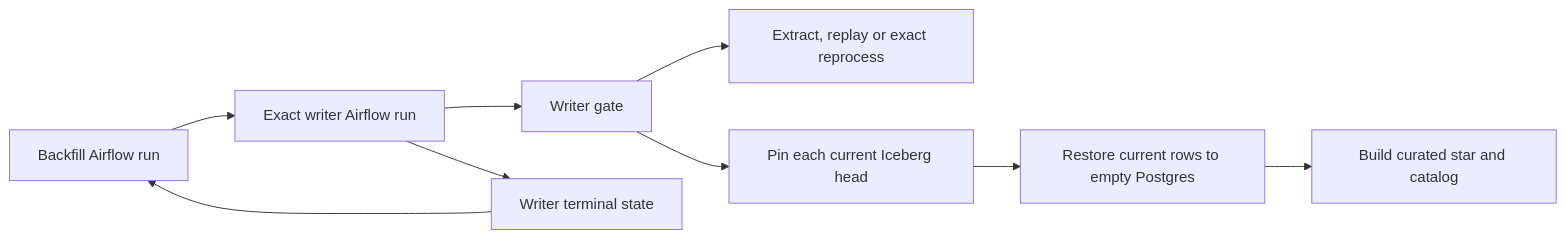
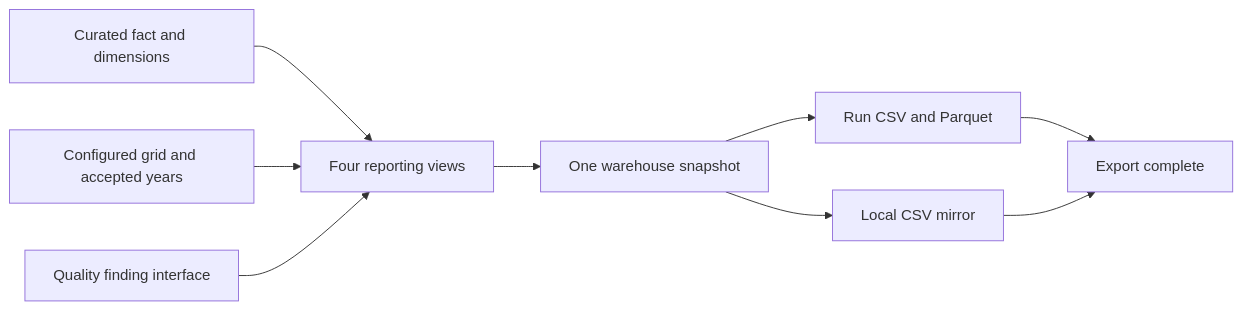
Before and after one commit to gsanchez2141/world-bank-poc: the diagram in IMPLEMENTATION_CONTRACT.md, drawn with Mermaid. The commit also changed other lines of this file and 26 other files, not shown here.

````diff
--- a/IMPLEMENTATION_CONTRACT.md
+++ b/IMPLEMENTATION_CONTRACT.md
@@ -70,11 +77,11 @@
 ```mermaid
 flowchart LR
-    Parent[Backfill Airflow run] --> Child[Exact writer Airflow run]
-    Child --> Gate[Writer gate]
-    Gate --> Normal[Extract, replay or exact reprocess]
-    Gate --> Rebuild[Pin each current Iceberg head]
-    Rebuild --> Load[Restore current rows to empty Postgres]
-    Load --> DBT[Build curated star and catalog]
-    Child --> Result[Writer terminal state]
-    Result --> Parent
+    Star[Curated fact and dimensions] --> Views[Four reporting views]
+    CFG[Configured grid and accepted years] --> Views
+    DQ[Quality finding interface] --> Views
+    Views --> Sample[One warehouse snapshot]
+    Sample --> S3[Run CSV and Parquet]
+    Sample --> Files[Local CSV mirror]
+    S3 --> Complete[Export complete]
+    Files --> Complete
 ```
````
